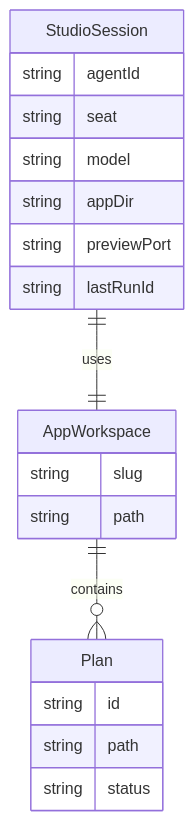
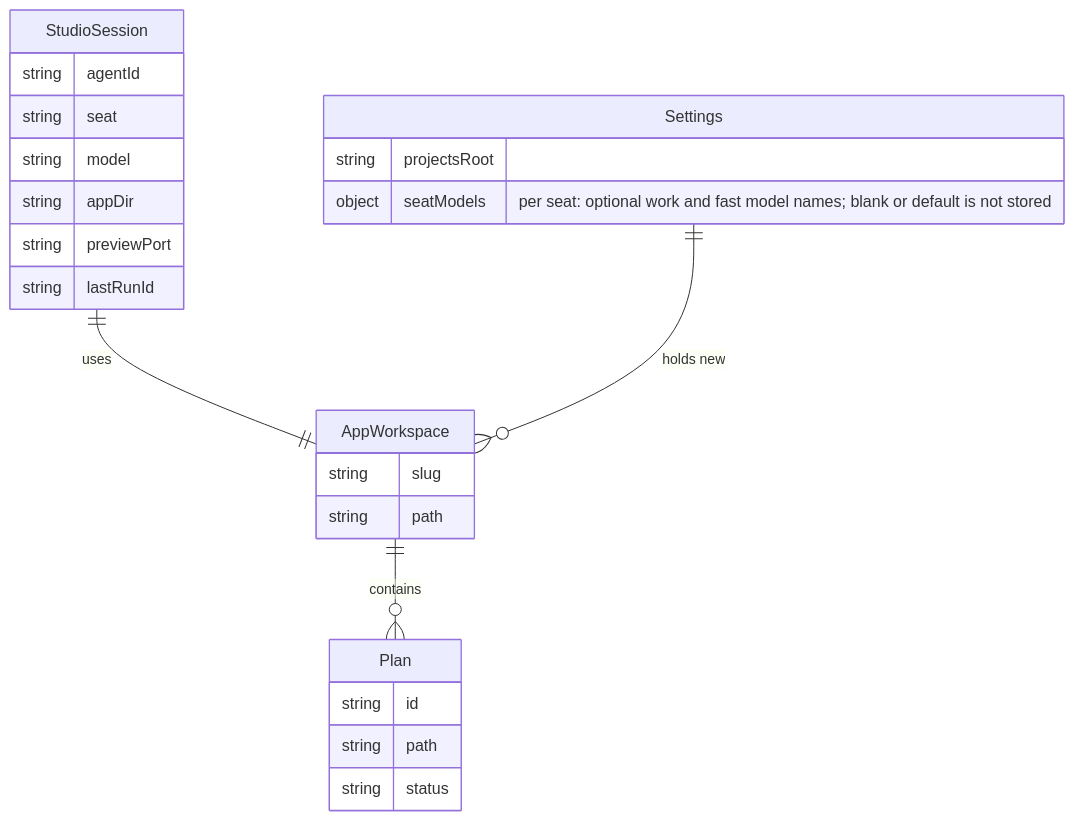
The diagram in docs/erd.md (jennifer-elyse/clay-studio), drawn with Mermaid before and after one commit. The commit also changed other lines of this file and 43 other files, not shown here.

First line of the commit message:
Add a Settings modal with the projects folder and per-seat models

````diff
--- a/docs/erd.md
+++ b/docs/erd.md
@@ -5,25 +5,31 @@
 ```mermaid
 erDiagram
   StudioSession {
     string agentId
     string seat
     string model
     string appDir
     string previewPort
     string lastRunId
+  }
+
+  Settings {
+    string projectsRoot
+    object seatModels "per seat: optional work and fast model names; blank or default is not stored"
   }
 
   AppWorkspace {
     string slug
     string path
   }
 
   Plan {
     string id
     string path
     string status
   }
 
   StudioSession ||--|| AppWorkspace : uses
+  Settings ||--o{ AppWorkspace : "holds new"
   AppWorkspace ||--o{ Plan : contains
 ```
````
